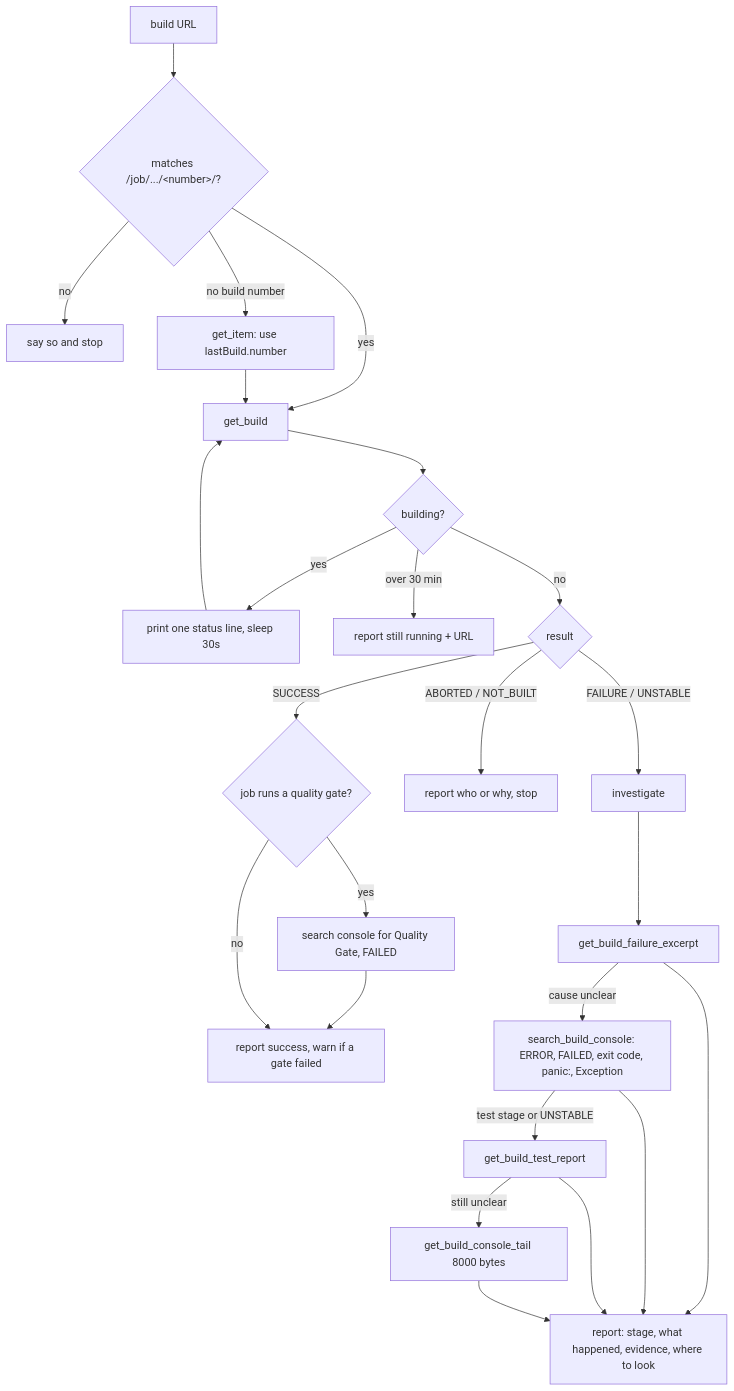
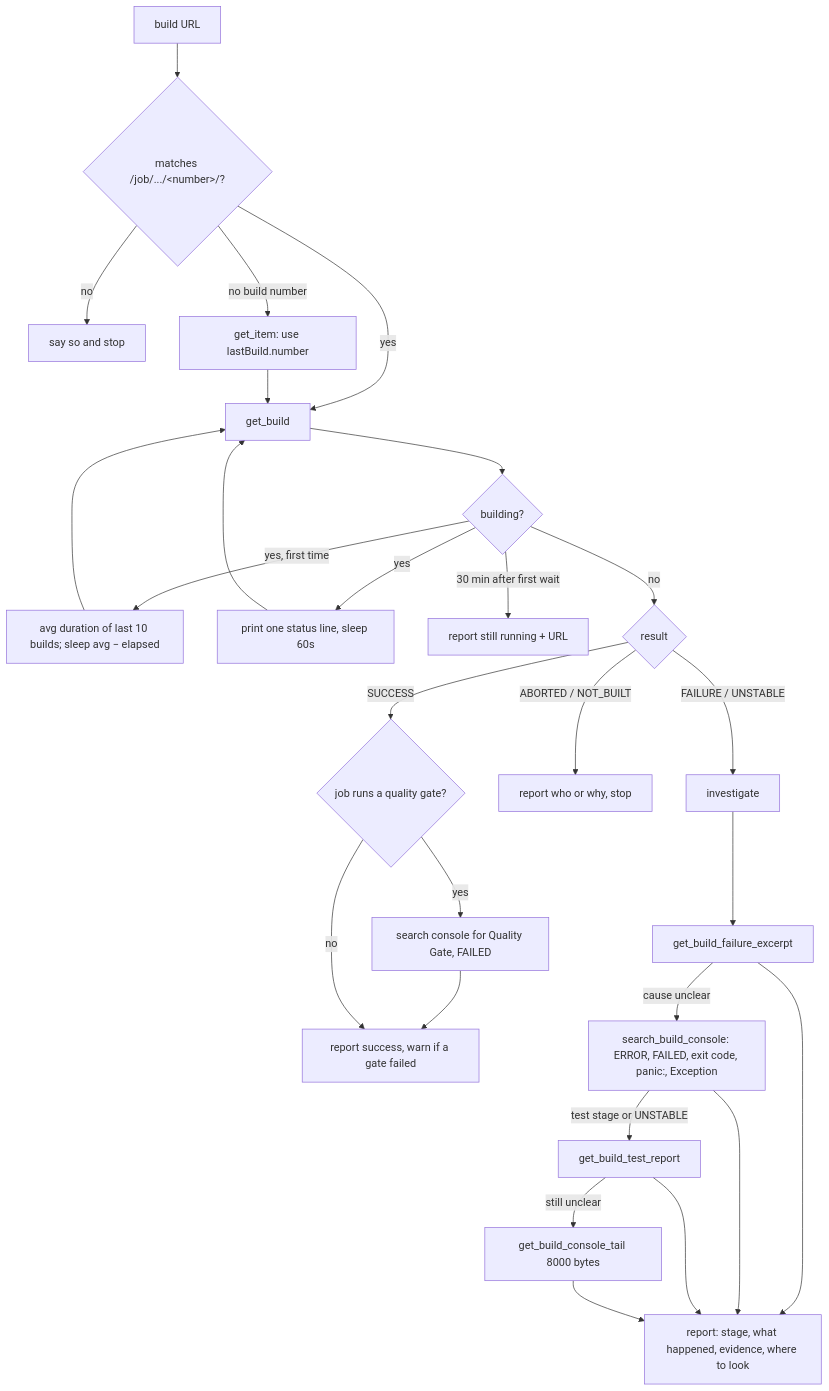
The diagram in plugins/naphatwx-tools/skills/check-job/README.md (naphatwx/naphatwx-tools), drawn with Mermaid before and after one commit. The commit also changed 5 other files, not shown here.

Commit message:
feat(check-job): wait for the average build time, then check every minute

````diff
--- a/plugins/naphatwx-tools/skills/check-job/README.md
+++ b/plugins/naphatwx-tools/skills/check-job/README.md
@@ -21,22 +21,23 @@
 ```mermaid
 graph TD
     U[build URL] --> P{"matches /job/.../#lt;number#gt;/?"}
     P -->|no| X[say so and stop]
     P -->|no build number| L[get_item: use lastBuild.number]
     P -->|yes| G[get_build]
     L --> G
     G --> B{building?}
-    B -->|yes| S[print one status line, sleep 30s] --> G
-    B -->|over 30 min| R1[report still running + URL]
+    B -->|"yes, first time"| W["avg duration of last 10 builds; sleep avg − elapsed"] --> G
+    B -->|yes| S[print one status line, sleep 60s] --> G
+    B -->|"30 min after first wait"| R1[report still running + URL]
     B -->|no| R{result}
     R -->|SUCCESS| Q{"job runs a quality gate?"}
     Q -->|yes| QS["search console for Quality Gate, FAILED"] --> OK[report success, warn if a gate failed]
     Q -->|no| OK
     R -->|ABORTED / NOT_BUILT| AB[report who or why, stop]
     R -->|FAILURE / UNSTABLE| I[investigate]
     I --> I1[get_build_failure_excerpt]
     I1 -->|cause unclear| I2["search_build_console: ERROR, FAILED, exit code, panic:, Exception"]
     I2 -->|test stage or UNSTABLE| I3[get_build_test_report]
     I3 -->|still unclear| I4[get_build_console_tail 8000 bytes]
     I1 & I2 & I3 & I4 --> REP[report: stage, what happened, evidence, where to look]
 ```
````
